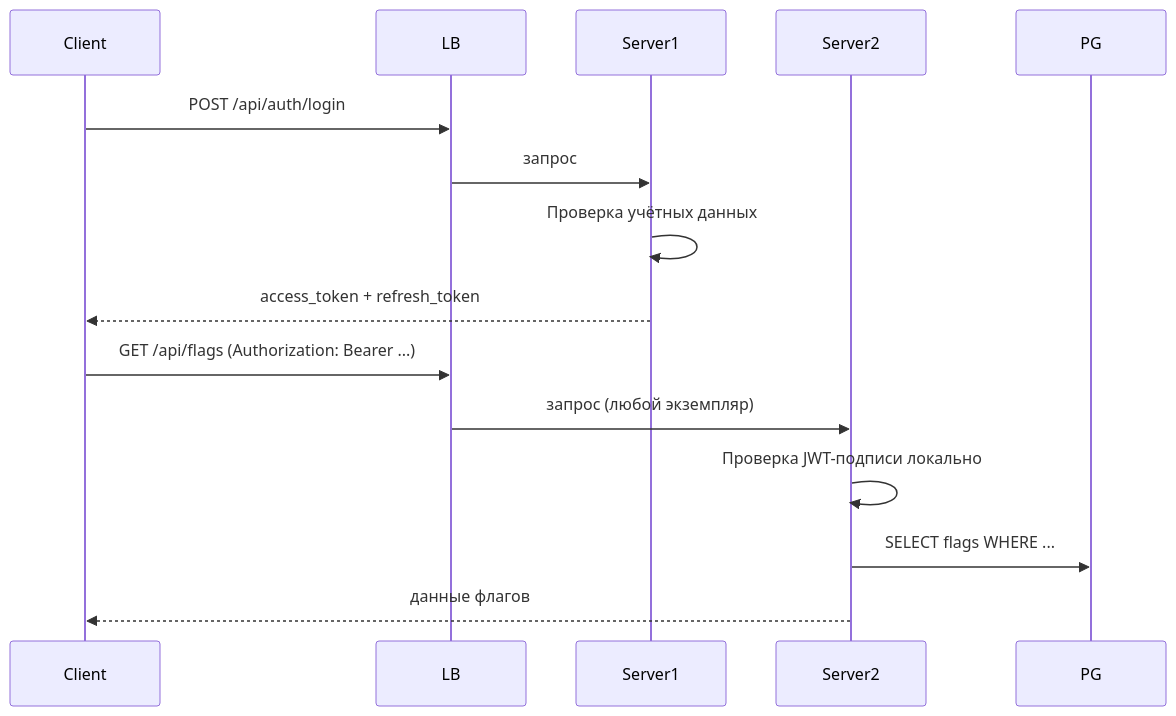
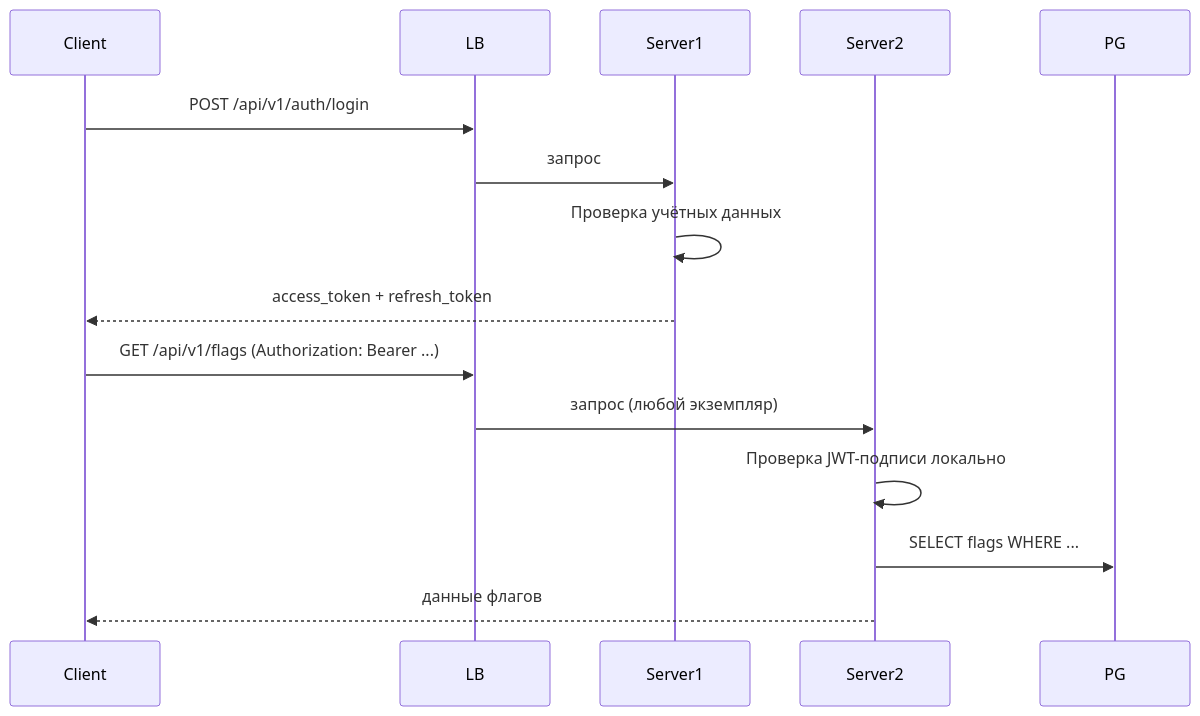
One commit to edgar-dev20/mozhno changed the second of 4 diagrams in docs/self-hosting/scaling.md. Above: the diagram before and after it, drawn with Mermaid. The commit also changed other lines of this file and 62 other files, not shown here.

````diff
--- a/docs/self-hosting/scaling.md
+++ b/docs/self-hosting/scaling.md
@@ -37,18 +37,18 @@
 ```mermaid
 sequenceDiagram
     participant Client
     participant LB
     participant Server1
     participant Server2
 
-    Client->>LB: POST /api/auth/login
+    Client->>LB: POST /api/v1/auth/login
     LB->>Server1: запрос
     Server1->>Server1: Проверка учётных данных
     Server1-->>Client: access_token + refresh_token
 
-    Client->>LB: GET /api/flags (Authorization: Bearer ...)
+    Client->>LB: GET /api/v1/flags (Authorization: Bearer ...)
     LB->>Server2: запрос (любой экземпляр)
     Server2->>Server2: Проверка JWT-подписи локально
     Server2->>PG: SELECT flags WHERE ...
     Server2-->>Client: данные флагов
 ```
````
